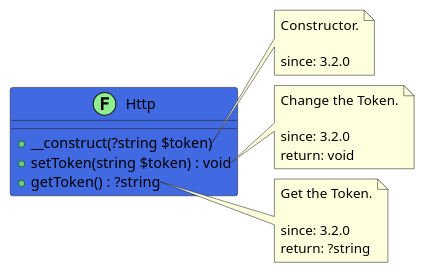
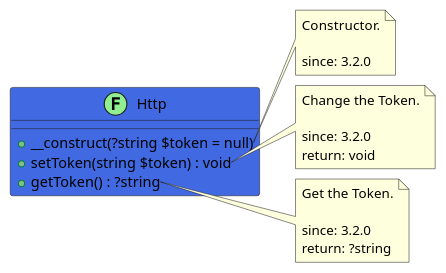
One commit to joomengine/gitea changed the diagram in src/ce40b3d2-226c-4a64-b116-c19455822be1/README.md. Above: the diagram before and after it, drawn with PlantUML. The commit also changed 2 other files, not shown here.

Commit message:
Update 2024-12-16 18:26:40

````diff
--- a/src/ce40b3d2-226c-4a64-b116-c19455822be1/README.md
+++ b/src/ce40b3d2-226c-4a64-b116-c19455822be1/README.md
@@ -13,30 +13,30 @@
 ```uml
 @startuml
 class Http << (F,LightGreen) >> #RoyalBlue {
-  + __construct(?string $token)
+  + __construct(?string $token = null)
   + setToken(string $token) : void
   + getToken() : ?string
 }
 
 note right of Http::__construct
   Constructor.
 
   since: 3.2.0
 end note
 
 note right of Http::setToken
   Change the Token.
 
   since: 3.2.0
   return: void
 end note
 
 note right of Http::getToken
   Get the Token.
 
   since: 3.2.0
   return: ?string
 end note
  
 @enduml
 ```
````
